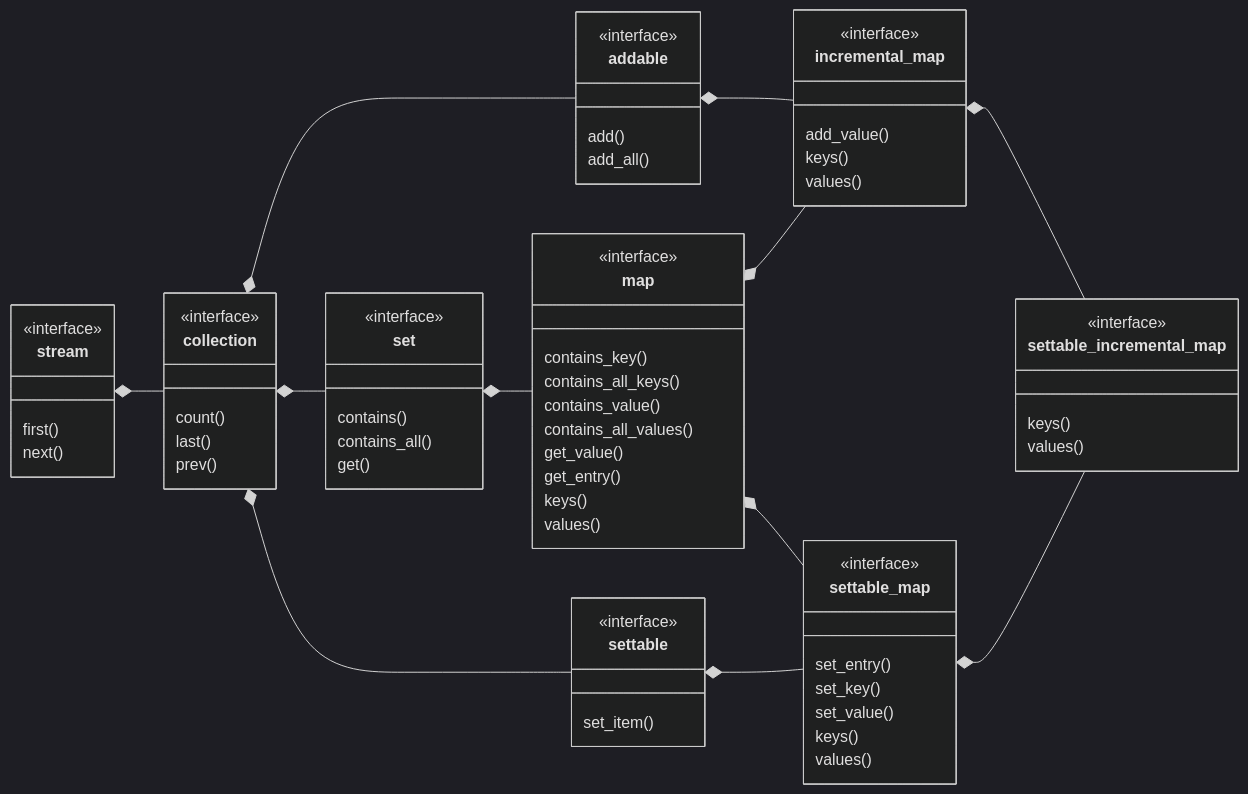
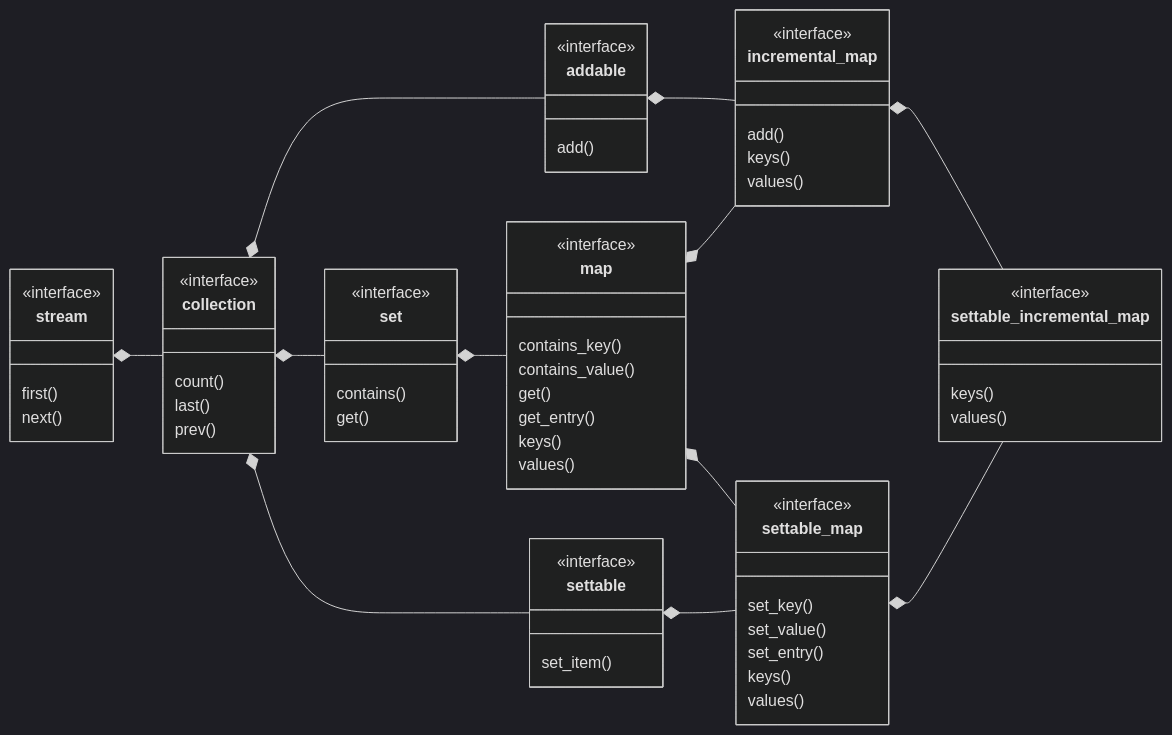
Before and after one commit to pretore/aquarium-butterflyfish: the diagram in doc/settable_incremental_map.md, drawn with Mermaid (dark theme). The commit also changed 387 other files, not shown here.

````diff
--- a/doc/settable_incremental_map.md
+++ b/doc/settable_incremental_map.md
@@ -3,71 +3,67 @@
 ```mermaid
 classDiagram
     direction LR
     class stream {
         first()
         next()
     }
     <<interface>> stream
     class collection {
         count()
         last()
         prev()
     }
     <<interface>> collection
     stream *-- collection
     class set {
         contains()
-        contains_all()
         get()
     }
     <<interface>> set
     collection *-- set
     class addable {
         add()
-        add_all()
     }
     <<interface>> addable
     collection *-- addable
     class settable {
         set_item()
     }
     <<interface>> settable
     collection *-- settable
     class map {
         contains_key()
-        contains_all_keys()
         contains_value()
-        contains_all_values()
-        get_value()
+        get()
         get_entry()
         keys()
         values()
     }
     <<interface>> map
     set *-- map
     class incremental_map {
-        add_value()
+        add()
         keys()
         values()
     }
     <<interface>> incremental_map
     addable *-- incremental_map
     map *-- incremental_map
     class settable_map {
-        set_entry()
         set_key()
         set_value()
+        set_entry()
         keys()
         values()
     }
     <<interface>> settable_map
     map *-- settable_map
     settable *-- settable_map
     class settable_incremental_map {
         keys()
         values()
     }
     <<interface>> settable_incremental_map
     incremental_map *-- settable_incremental_map
     settable_map *-- settable_incremental_map
 ```
````
